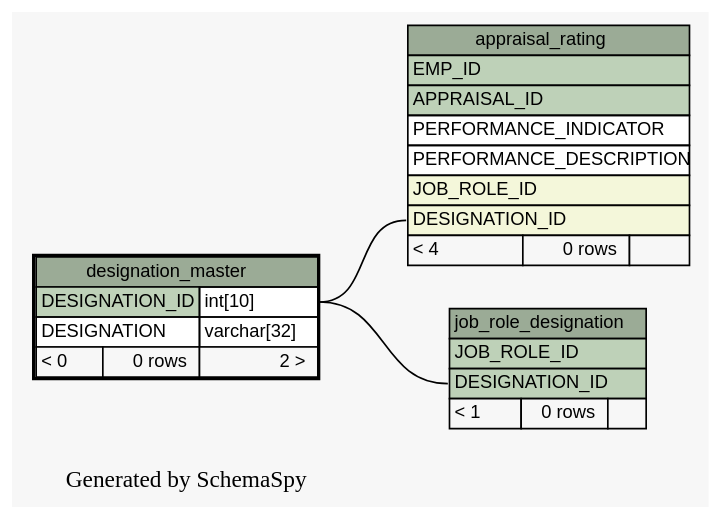
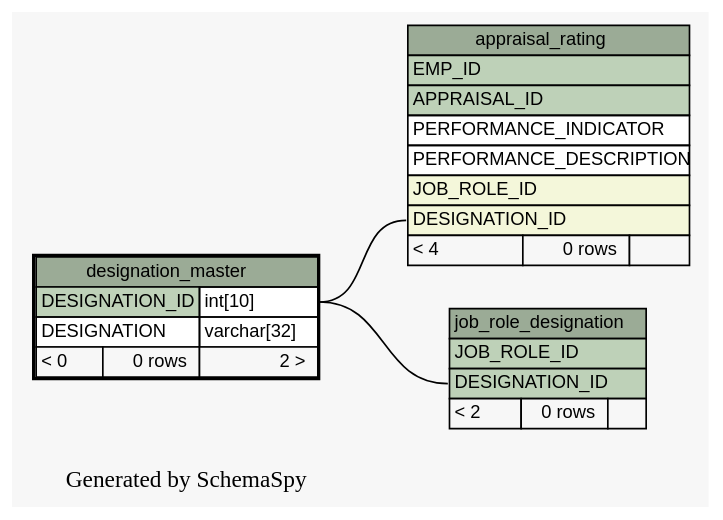
One commit to engineerscraft/hrms changed the diagram in docs/database/schemaspy/graphs/designation_master.1degree.dot. Above: the diagram before and after it, drawn with Graphviz. The commit also changed 178 other files, not shown here.

```diff
--- a/docs/database/schemaspy/graphs/designation_master.1degree.dot
+++ b/docs/database/schemaspy/graphs/designation_master.1degree.dot
@@ -1,56 +1,56 @@
 // dot 2.38.0 on Windows 7 6.1
 digraph "oneDegreeRelationshipsGraph" {
   graph [
     rankdir="RL"
     bgcolor="#f7f7f7"
     label="\nGenerated by SchemaSpy"
     labeljust="l"
   ];
   node [
     fontname="Helvetica"
     fontsize="11"
     shape="plaintext"
   ];
   edge [
     arrowsize="0.8"
   ];
   "appraisal_rating":"DESIGNATION_ID":w -> "designation_master":"DESIGNATION_ID.type":e [arrowtail=crowodot arrowhead=none];
   "job_role_designation":"DESIGNATION_ID":w -> "designation_master":"DESIGNATION_ID.type":e [arrowtail=crowtee arrowhead=none];
   "appraisal_rating" [
     label=<
     <TABLE BORDER="0" CELLBORDER="1" CELLSPACING="0" BGCOLOR="#ffffff">
       <TR><TD PORT="appraisal_rating.heading" COLSPAN="3" BGCOLOR="#9bab96" ALIGN="CENTER">appraisal_rating</TD></TR>
       <TR><TD PORT="EMP_ID" COLSPAN="3" BGCOLOR="#bed1b8" ALIGN="LEFT">EMP_ID</TD></TR>
       <TR><TD PORT="APPRAISAL_ID" COLSPAN="3" BGCOLOR="#bed1b8" ALIGN="LEFT">APPRAISAL_ID</TD></TR>
       <TR><TD PORT="PERFORMANCE_INDICATOR" COLSPAN="3" ALIGN="LEFT">PERFORMANCE_INDICATOR</TD></TR>
       <TR><TD PORT="PERFORMANCE_DESCRIPTION" COLSPAN="3" ALIGN="LEFT">PERFORMANCE_DESCRIPTION</TD></TR>
       <TR><TD PORT="JOB_ROLE_ID" COLSPAN="3" BGCOLOR="#f4f7da" ALIGN="LEFT">JOB_ROLE_ID</TD></TR>
       <TR><TD PORT="DESIGNATION_ID" COLSPAN="3" BGCOLOR="#f4f7da" ALIGN="LEFT">DESIGNATION_ID</TD></TR>
       <TR><TD ALIGN="LEFT" BGCOLOR="#f7f7f7">&lt; 4</TD><TD ALIGN="RIGHT" BGCOLOR="#f7f7f7">0 rows</TD><TD ALIGN="RIGHT" BGCOLOR="#f7f7f7">  </TD></TR>
     </TABLE>>
     URL="appraisal_rating.html#graph"
     tooltip="appraisal_rating"
   ];
   "designation_master" [
     label=<
     <TABLE BORDER="2" CELLBORDER="1" CELLSPACING="0" BGCOLOR="#ffffff">
       <TR><TD PORT="designation_master.heading" COLSPAN="3" BGCOLOR="#9bab96" ALIGN="CENTER">designation_master</TD></TR>
       <TR><TD PORT="DESIGNATION_ID" COLSPAN="2" BGCOLOR="#bed1b8" ALIGN="LEFT">DESIGNATION_ID</TD><TD PORT="DESIGNATION_ID.type" ALIGN="LEFT">int[10]</TD></TR>
       <TR><TD PORT="DESIGNATION" COLSPAN="2" ALIGN="LEFT">DESIGNATION</TD><TD PORT="DESIGNATION.type" ALIGN="LEFT">varchar[32]</TD></TR>
       <TR><TD ALIGN="LEFT" BGCOLOR="#f7f7f7">&lt; 0</TD><TD ALIGN="RIGHT" BGCOLOR="#f7f7f7">0 rows</TD><TD ALIGN="RIGHT" BGCOLOR="#f7f7f7">2 &gt;</TD></TR>
     </TABLE>>
     URL="designation_master.html#"
     tooltip="designation_master"
   ];
   "job_role_designation" [
     label=<
     <TABLE BORDER="0" CELLBORDER="1" CELLSPACING="0" BGCOLOR="#ffffff">
       <TR><TD PORT="job_role_designation.heading" COLSPAN="3" BGCOLOR="#9bab96" ALIGN="CENTER">job_role_designation</TD></TR>
       <TR><TD PORT="JOB_ROLE_ID" COLSPAN="3" BGCOLOR="#bed1b8" ALIGN="LEFT">JOB_ROLE_ID</TD></TR>
       <TR><TD PORT="DESIGNATION_ID" COLSPAN="3" BGCOLOR="#bed1b8" ALIGN="LEFT">DESIGNATION_ID</TD></TR>
-      <TR><TD ALIGN="LEFT" BGCOLOR="#f7f7f7">&lt; 1</TD><TD ALIGN="RIGHT" BGCOLOR="#f7f7f7">0 rows</TD><TD ALIGN="RIGHT" BGCOLOR="#f7f7f7">  </TD></TR>
+      <TR><TD ALIGN="LEFT" BGCOLOR="#f7f7f7">&lt; 2</TD><TD ALIGN="RIGHT" BGCOLOR="#f7f7f7">0 rows</TD><TD ALIGN="RIGHT" BGCOLOR="#f7f7f7">  </TD></TR>
     </TABLE>>
     URL="job_role_designation.html#graph"
     tooltip="job_role_designation"
   ];
 }
```
